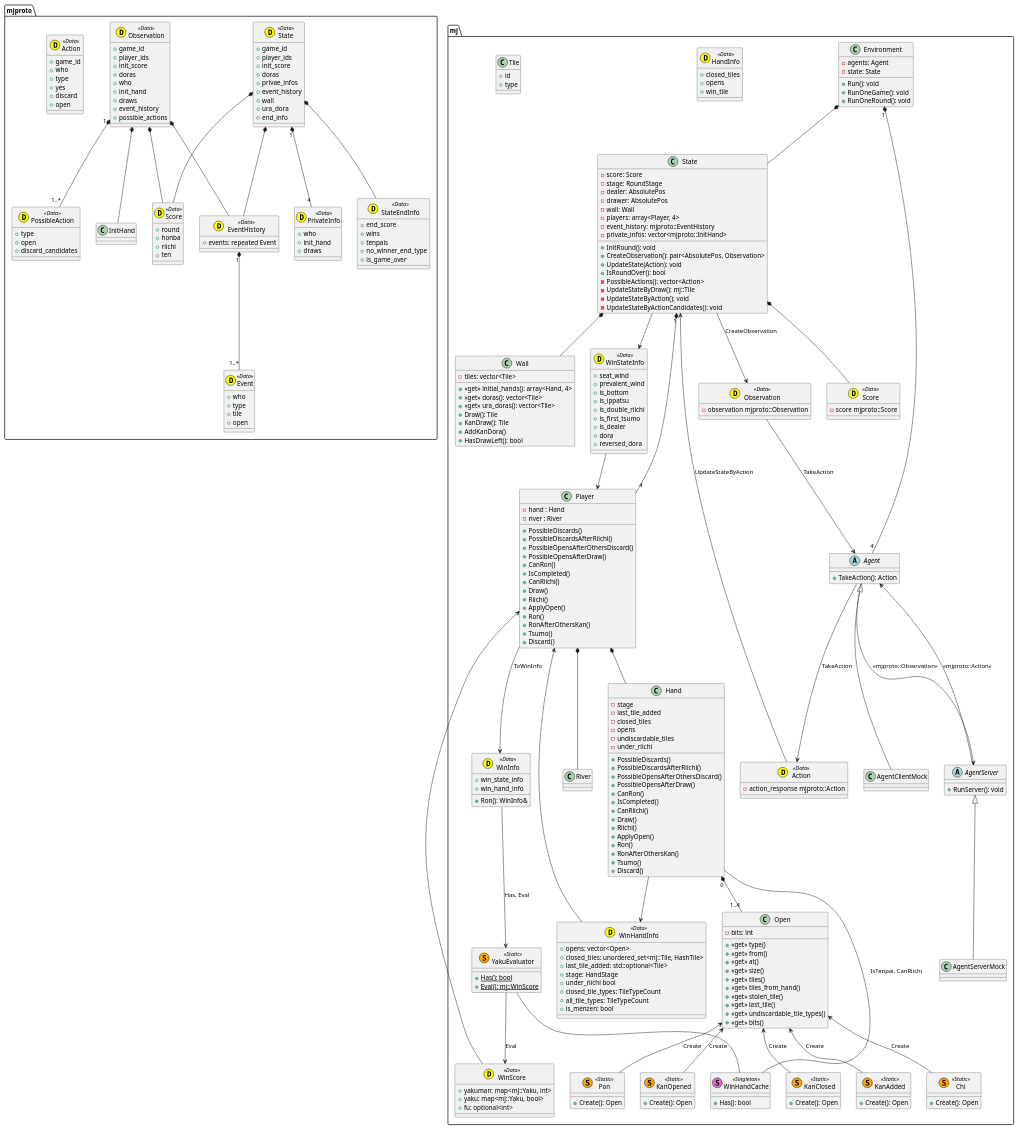
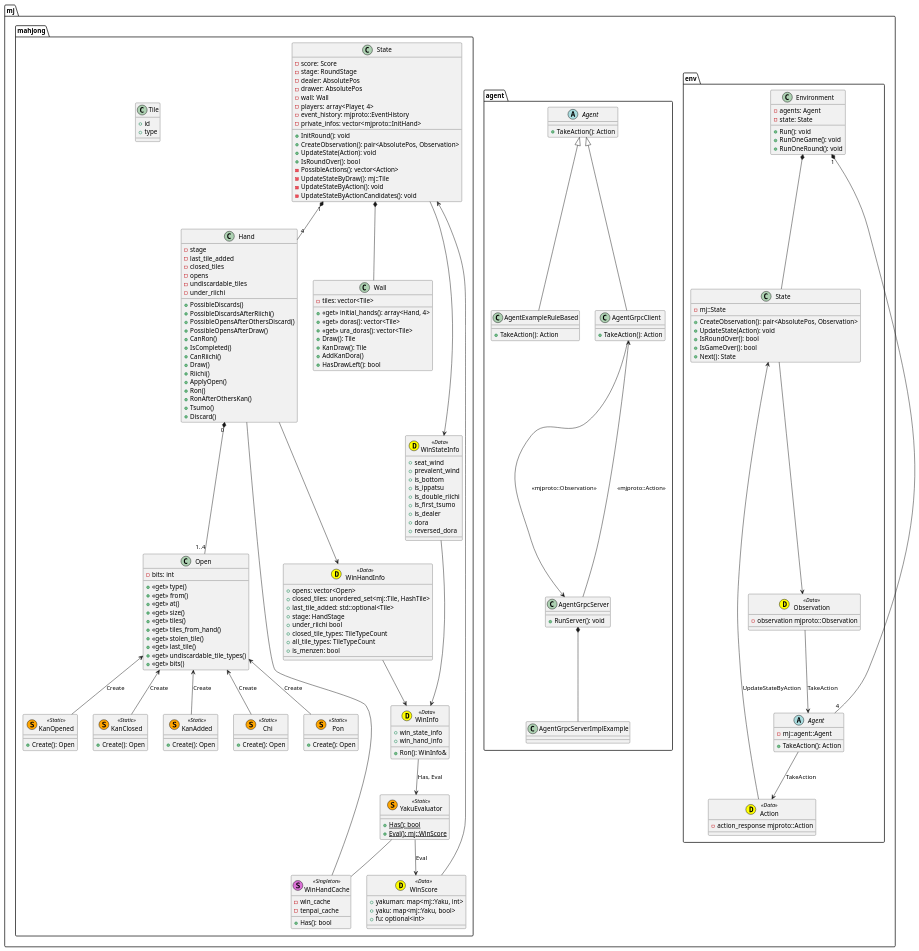
The diagram in plantuml/diagram.pu (mjx-project/mjx), drawn with PlantUML before and after one commit. The commit also changed 2 other files, not shown here.

Commit message:
Update plant uml (#464)
* docs: add mjproto.pu

* update diagram.pu

* split diagrams

* update png

```diff
--- a/plantuml/diagram.pu
+++ b/plantuml/diagram.pu
@@ -1,92 +1,10 @@
 @startuml
+
+top to bottom direction
 
 set namespaceSeparator ::
 
-class mjproto::Score <<(D,yellow) Data>> {
-  + round
-  + honba 
-  + riichi 
-  + ten 
-}
-
-class mjproto::Event <<(D,yellow) Data>> {
-  + who
-  + type 
-  + tile
-  + open
-}
-
-class mjproto::EventHistory <<(D,yellow) Data>> {
-  + events: repeated Event
-}
-
-class mjproto::PrivateInfo <<(D,yellow) Data>> {
-  + who
-  + init_hand
-  + draws
-}
-
-class mjproto::PossibleAction <<(D,yellow) Data>> {
-  + type
-  + open 
-  + discard_candidates
-}
-
-class mjproto::State <<(D,yellow) Data>> {
-  + game_id
-  + player_ids
-  + init_score
-  + doras
-  + privae_infos
-  + event_history
-  + wall
-  + ura_dora
-  + end_info
-} 
-
-class mjproto::StateEndInfo <<(D,yellow) Data>> {
-  + end_score
-  + wins
-  + tenpais 
-  + no_winner_end_type
-  + is_game_over
-}
-
-class mjproto::Observation <<(D,yellow) Data>> {
-  + game_id
-  + player_ids
-  + init_score
-  + doras
-  + who
-  + init_hand
-  + draws
-  + event_history
-  + possible_actions
-}
-
-class mjproto::Action <<(D,yellow) Data>> { 
-  + game_id 
-  + who
-  + type
-  + yes
-  + discard
-  + open
-}
-
-mjproto::Observation *-- mjproto::Score
-mjproto::Observation *-- mjproto::EventHistory
-mjproto::Observation *-- mjproto::InitHand
-mjproto::Observation "1" *-- "1..*" mjproto::PossibleAction
-
-mjproto::State *-- mjproto::Score
-mjproto::State *-- mjproto::EventHistory
-mjproto::State "1" *-- "4" mjproto::PrivateInfo
-mjproto::State *-- mjproto::StateEndInfo
-
-mjproto::EventHistory "1" *-- "1..*" mjproto::Event
-
-
-class mj::Environment {
+class mj::env::Environment {
     - agents: Agent
     - state: State
     + Run(): void
@@ -94,57 +12,49 @@
     + RunOneRound(): void
 }
 
-class mj::YakuEvaluator <<(S,orange) Static>> {
-    + {static} Has(): bool
-    + {static} Eval(): mj::WinScore
+class mj::env::State {
+    - mj::State
+    + CreateObservation(): pair<AbsolutePos, Observation>
+    + UpdateState(Action): void
+    + IsRoundOver(): bool
+    + IsGameOver(): bool
+    + Next(): State
 }
 
-class mj::WinHandCache <<(S,orchid) Singleton>> {
-    + Has(): bool
+class mj::env::Observation <<(D,yellow) Data>> {
+    - observation mjproto::Observation
 }
 
-class mj::WinStateInfo <<(D,yellow) Data>> {
-    + seat_wind
-    + prevalent_wind
-    + is_bottom
-    + is_ippatsu
-    + is_double_riichi
-    + is_first_tsumo
-    + is_dealer
-    + dora
-    + reversed_dora
+class mj::env::Action <<(D,yellow) Data>> {
+    - action_response mjproto::Action
 }
 
-class mj::WinInfo <<(D,yellow) Data>> {
-    + win_state_info
-    + win_hand_info
-    + Ron(): WinInfo&
+abstract class mj::env::Agent {
+    - mj::agent::Agent
+    + TakeAction(): Action
 }
 
-class mj::WinScore <<(D,yellow) Data>> {
-    + yakuman: map<mj::Yaku, int>
-    + yaku: map<mj::Yaku, bool>
-    + fu: optional<int>
+abstract class mj::agent::Agent {
+    + TakeAction(): Action
 }
 
-class mj::WinHandInfo <<(D,yellow) Data>> {
-    + opens: vector<Open>
-    + closed_tiles: unordered_set<mj::Tile, HashTile> 
-    + last_tile_added: std::optional<Tile> 
-    + stage: HandStage 
-    + under_riichi bool 
-    + closed_tile_types: TileTypeCount 
-    + all_tile_types: TileTypeCount 
-    + is_menzen: bool
+class mj::agent::AgentExampleRuleBased {
+    + TakeAction(): Action
 }
 
-class mj::HandInfo <<(D,yellow) Data>> {
-    + closed_tiles
-    + opens
-    + win_tile
+class mj::agent::AgentGrpcClient {
+    + TakeAction(): Action
 }
 
-class mj::State {
+class mj::agent::AgentGrpcServer {
+    + RunServer(): void
+}
+
+class mj::agent::AgentGrpcServerImplExample{
+
+}
+
+class mj::mahjong::State {
     - score: Score
     - stage: RoundStage
     - dealer: AbsolutePos
@@ -163,50 +73,53 @@
     - UpdateStateByActionCandidates(): void
 }
 
-class mj::Player {
-    - hand : Hand
-    - river : River
-    + PossibleDiscards()
-    + PossibleDiscardsAfterRiichi()
-    + PossibleOpensAfterOthersDiscard()
-    + PossibleOpensAfterDraw()
-    + CanRon()
-    + IsCompleted()
-    + CanRiichi()
-    + Draw()
-    + Riichi()
-    + ApplyOpen()
-    + Ron()
-    + RonAfterOthersKan()
-    + Tsumo()
-    + Discard()
+class mj::mahjong::YakuEvaluator <<(S,orange) Static>> {
+    + {static} Has(): bool
+    + {static} Eval(): mj::WinScore
 }
 
-class mj::Observation <<(D,yellow) Data>> {
-    - observation mjproto::Observation
+class mj::mahjong::WinHandCache <<(S,orchid) Singleton>> {
+    - win_cache
+    - tenpai_cache
+    + Has(): bool
 }
 
-abstract class mj::Agent {
-    + TakeAction(): Action
+class mj::mahjong::WinStateInfo <<(D,yellow) Data>> {
+    + seat_wind
+    + prevalent_wind
+    + is_bottom
+    + is_ippatsu
+    + is_double_riichi
+    + is_first_tsumo
+    + is_dealer
+    + dora
+    + reversed_dora
 }
 
-class mj::AgentClientMock {
-
+class mj::mahjong::WinInfo <<(D,yellow) Data>> {
+    + win_state_info
+    + win_hand_info
+    + Ron(): WinInfo&
 }
 
-abstract class mj::AgentServer {
-    + RunServer(): void
+class mj::mahjong::WinScore <<(D,yellow) Data>> {
+    + yakuman: map<mj::Yaku, int>
+    + yaku: map<mj::Yaku, bool>
+    + fu: optional<int>
 }
 
-class mj::AgentServerMock{
-
+class mj::mahjong::WinHandInfo <<(D,yellow) Data>> {
+    + opens: vector<Open>
+    + closed_tiles: unordered_set<mj::Tile, HashTile> 
+    + last_tile_added: std::optional<Tile> 
+    + stage: HandStage 
+    + under_riichi bool 
+    + closed_tile_types: TileTypeCount 
+    + all_tile_types: TileTypeCount 
+    + is_menzen: bool
 }
 
-class mj::Score <<(D,yellow) Data>> {
-    - score mjproto::Score
-}
-
-class mj::Wall {
+class mj::mahjong::Wall {
     - tiles: vector<Tile>
     + <<get>> initial_hands(): array<Hand, 4>
     + <<get>> doras(): vector<Tile>
@@ -217,15 +130,7 @@
     + HasDrawLeft(): bool
 }
 
-class mj::River {
-
-} 
-
-class mj::Action <<(D,yellow) Data>> {
-    - action_response mjproto::Action
-}
-
-class mj::Hand {
+class mj::mahjong::Hand {
     - stage
     - last_tile_added
     - closed_tiles
@@ -249,7 +154,7 @@
 
 }
 
-class mj::Open {
+class mj::mahjong::Open {
     - bits: int
     + <<get>> type()
     + <<get>> from()
@@ -263,75 +168,66 @@
     + <<get>> bits()
 }
 
-class mj::Chi <<(S,orange) Static>> {
+class mj::mahjong::Chi <<(S,orange) Static>> {
     + Create(): Open
 }
 
-class mj::Pon <<(S,orange) Static>> {
+class mj::mahjong::Pon <<(S,orange) Static>> {
     + Create(): Open
 }
 
-class mj::KanOpened <<(S,orange) Static>> {
+class mj::mahjong::KanOpened <<(S,orange) Static>> {
     + Create(): Open
 }
 
-class mj::KanClosed <<(S,orange) Static>> {
+class mj::mahjong::KanClosed <<(S,orange) Static>> {
     + Create(): Open
 }
 
-class mj::KanAdded <<(S,orange) Static>> {
+class mj::mahjong::KanAdded <<(S,orange) Static>> {
     + Create(): Open
 }
 
-class mj::Tile {
+class mj::mahjong::Tile {
     + id
     + type
 }
 
+mj::env::Environment "1" *-- "4" mj::env::Agent
+mj::env::Environment *-- mj::env::State 
+mj::env::State <-- mj::env::Action : UpdateStateByAction
+mj::env::State --> mj::env::Observation
+mj::env::Observation --> mj::env::Agent : TakeAction
+mj::env::Agent --> mj::env::Action : TakeAction
 
-mj::Environment "1" *-- "4" mj::Agent
-mj::Environment *-- mj::State 
+mj::agent::Agent <|-- mj::agent::AgentExampleRuleBased
+mj::agent::Agent <|-- mj::agent::AgentGrpcClient
+mj::agent::AgentGrpcClient --> mj::agent::AgentGrpcServer : <<mjproto::Observation>>
+mj::agent::AgentGrpcServer --> mj::agent::AgentGrpcClient : <<mjproto::Action>>
+mj::agent::AgentGrpcServer *-- mj::agent::AgentGrpcServerImplExample
 
-mj::State <-- mj::Action : UpdateStateByAction
-mj::State *-- mj::Score 
-mj::State *-- mj::Wall
-mj::State "1" *-- "4" mj::Player
-mj::State --> mj::Observation : CreateObservation
-mj::State --> mj::WinStateInfo
+mj::mahjong::State *-- mj::mahjong::Wall
+mj::mahjong::State "1" *-- "4" mj::mahjong::Hand
+mj::mahjong::State --> mj::mahjong::WinStateInfo
 
-mj::WinStateInfo --> mj::Player
 
-mj::Observation --> mj::Agent : TakeAction
+mj::mahjong::Hand "0" *-- "1..4" mj::mahjong::Open
+mj::mahjong::Hand -- mj::mahjong::WinHandCache 
+mj::mahjong::Hand --> mj::mahjong::WinHandInfo
 
-mj::Player *-- mj::Hand
-mj::Player *-- mj::River 
-mj::Player --> mj::WinInfo : ToWinInfo
+mj::mahjong::Open <-- mj::mahjong::Chi : Create
+mj::mahjong::Open <-- mj::mahjong::Pon : Create
+mj::mahjong::Open <-- mj::mahjong::KanClosed : Create
+mj::mahjong::Open <-- mj::mahjong::KanOpened : Create
+mj::mahjong::Open <-- mj::mahjong::KanAdded : Create
 
-mj::Hand "0" *-- "1..4" mj::Open
-mj::Hand -- mj::WinHandCache : IsTenpai, CanRiichi
-mj::Hand --> mj::WinHandInfo
+mj::mahjong::WinHandInfo --> mj::mahjong::WinInfo
+mj::mahjong::WinStateInfo --> mj::mahjong::WinInfo
+mj::mahjong::WinInfo --> mj::mahjong::YakuEvaluator : Has, Eval
+mj::mahjong::WinScore --> mj::mahjong::State
 
-mj::WinHandInfo --> mj::Player
-
-mj::Open <-- mj::Chi : Create
-mj::Open <-- mj::Pon : Create
-mj::Open <-- mj::KanClosed : Create
-mj::Open <-- mj::KanOpened : Create
-mj::Open <-- mj::KanAdded : Create
-
-mj::WinInfo --> mj::YakuEvaluator : Has, Eval
-
-mj::YakuEvaluator -- mj::WinHandCache
-mj::YakuEvaluator --> mj::WinScore : Eval
-
-mj::WinScore --> mj::Player
-
-mj::Agent --> mj::AgentServer : <<mjproto::Observation>>
-mj::Agent --> mj::Action : TakeAction
-mj::Agent <|-- mj::AgentClientMock
-
-mj::AgentServer --> mj::Agent : <<mjproto::Action>>
-mj::AgentServer <|-- mj::AgentServerMock
+mj::mahjong::YakuEvaluator -- mj::mahjong::WinHandCache
+mj::mahjong::YakuEvaluator --> mj::mahjong::WinScore : Eval
 
 
 @enduml
```
